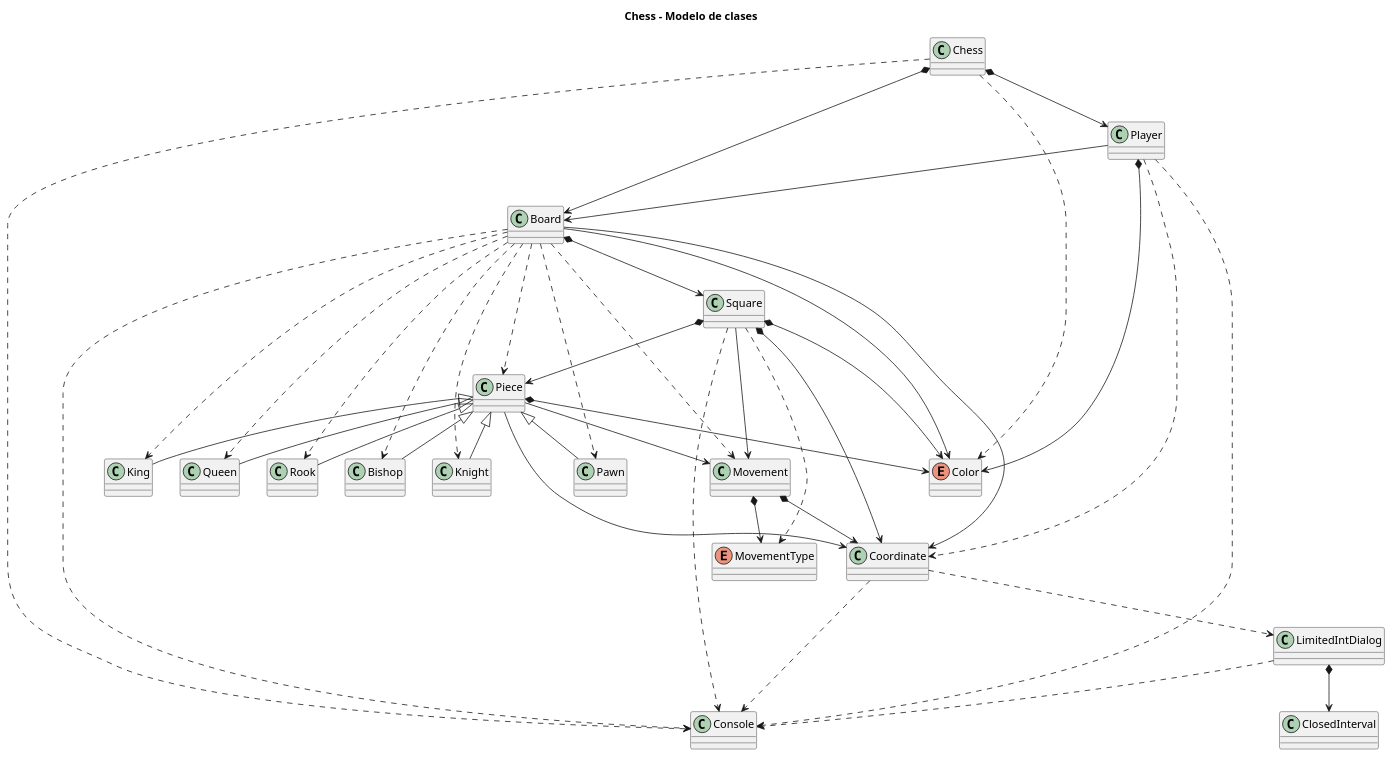
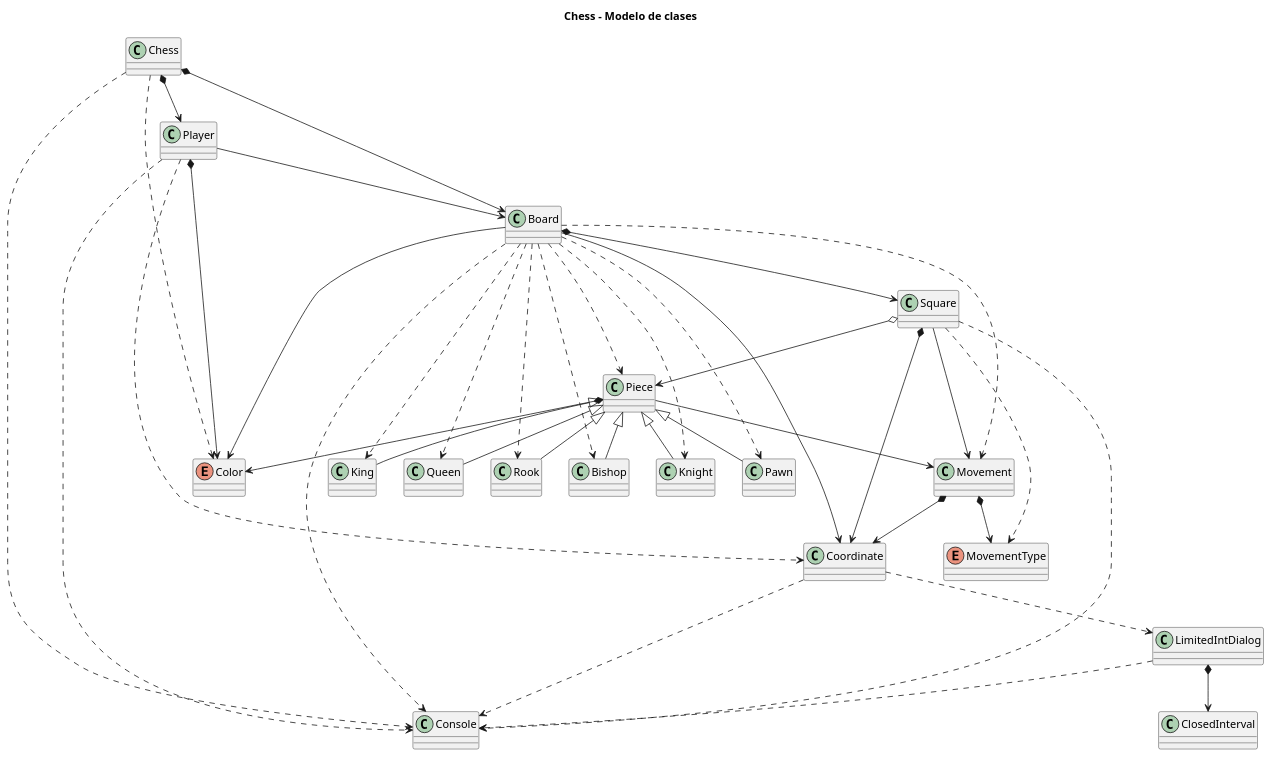
The diagram in chess/diagramas/diagrama-clases.puml (Master-Desarrollo-20-21/ejercicio-4-ajedrez-polimorfismo-menthil), drawn with PlantUML before and after one commit. The commit also changed 5 other files, not shown here.

```diff
--- a/chess/diagramas/diagrama-clases.puml
+++ b/chess/diagramas/diagrama-clases.puml
@@ -1,96 +1,94 @@
 @startuml
 
 title Chess - Modelo de clases
 
 Class Chess
 
 Chess *--> Board
 Chess *--> Player
 Chess ..> Color
 Chess ..> Console
 
 Class Board
 
 Board *--> Square
 Board --> Color
 Board --> Coordinate
 Board ..> Piece
 Board ..> King
 Board ..> Queen
 Board ..> Rook
 Board ..> Bishop
 Board ..> Knight
 Board ..> Pawn
 Board ..> Console
 Board ..> Movement
 
 Class Player
 
 Player *--> Color
 Player --> Board
 Player ..> Coordinate
 Player ..> Console
 
 Class Console
 
 Enum Color
 
 Class Square
 
-Square *--> Piece
-Square *--> Color
+Square o--> Piece
 Square *--> Coordinate
 Square --> Movement
 Square ..> Console
 Square ..> MovementType
 
 Class Coordinate
 
 Coordinate ..> Console
 Coordinate ..> LimitedIntDialog
 
 Class Movement
 
 Movement *--> Coordinate
 Movement *--> MovementType
 
 Enum MovementType 
 
 Class Piece
 
 Piece *--> Color
-Piece --> Coordinate
 Piece --> Movement
 
 Class King
 
 Piece <|-- King
 
 Class Queen
 
 Piece <|-- Queen
 
 Class Rook
 
 Piece <|-- Rook
 
 Class Bishop
 
 Piece <|-- Bishop
 
 Class Knight
 
 Piece <|-- Knight
 
 Class Pawn
 
 Piece <|-- Pawn
 
 Class LimitedIntDialog
 
 LimitedIntDialog *--> ClosedInterval
 LimitedIntDialog ..> Console
 
 Class ClosedInterval
 
 @enduml
```
